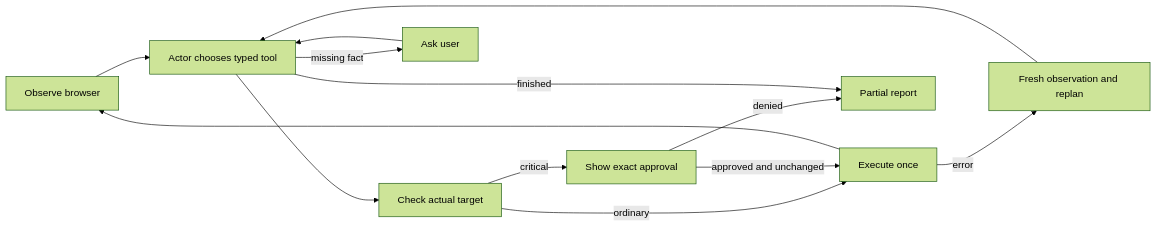
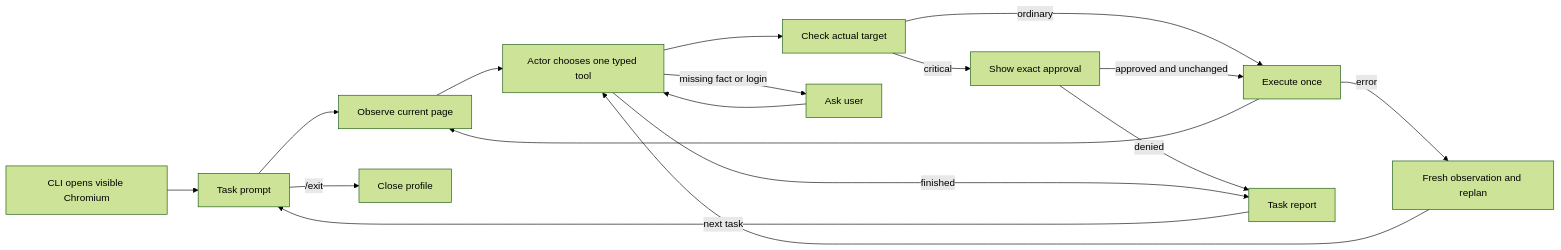
The diagram in docs/ARCHITECTURE.md (Nordup/sp-solution-test-assignment), drawn with Mermaid (forest theme) before and after one commit. The commit also changed other lines of this file and 24 other files, not shown here.

Commit message:
Make browser agent task-only and remove fixture workflows

````diff
--- a/docs/ARCHITECTURE.md
+++ b/docs/ARCHITECTURE.md
@@ -9,15 +11,19 @@
 ```mermaid
 flowchart LR
-  O[Observe browser] --> D[Actor chooses typed tool]
+  C[CLI opens visible Chromium] --> P[Task prompt]
+  P --> O[Observe current page]
+  O --> D[Actor chooses one typed tool]
   D --> S[Check actual target]
   S -->|ordinary| E[Execute once]
   S -->|critical| H[Show exact approval]
   H -->|approved and unchanged| E
-  H -->|denied| F[Partial report]
+  H -->|denied| F[Task report]
   E --> O
   E -->|error| R[Fresh observation and replan]
   R --> D
-  D -->|missing fact| U[Ask user]
+  D -->|missing fact or login| U[Ask user]
   U --> D
   D -->|finished| F
+  F -->|next task| P
+  P -->|/exit| X[Close profile]
 ```
````
